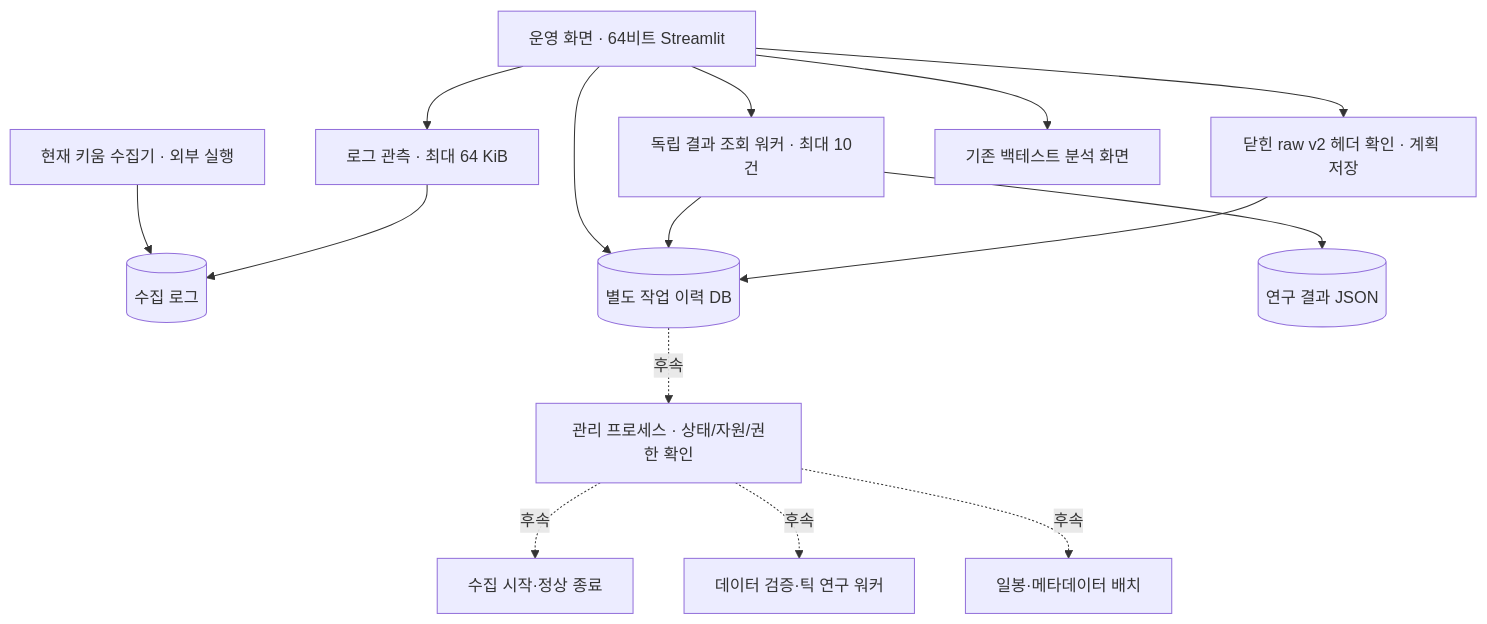
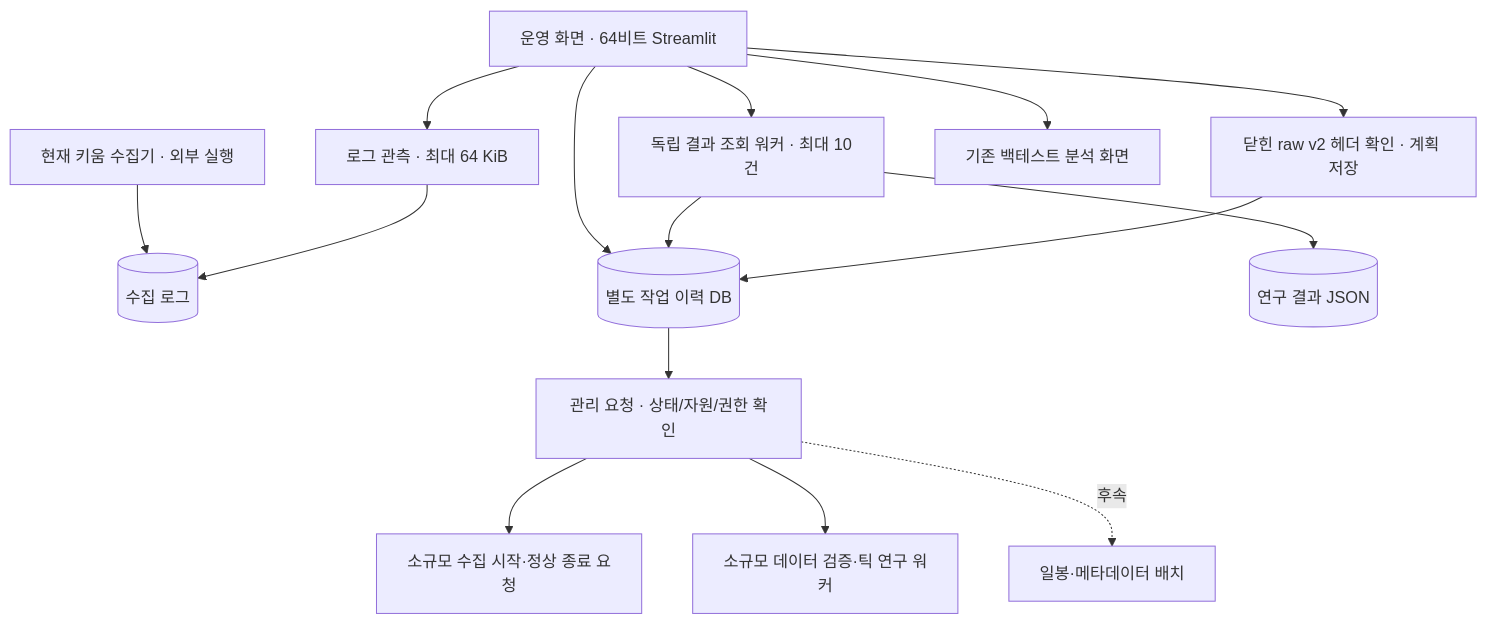
The first of 2 diagrams in CONTROL_TOWER.md (Peter-jackson12/Stock), drawn with Mermaid before and after one commit. The commit also changed other lines of this file and 14 other files, not shown here.

````diff
--- a/CONTROL_TOWER.md
+++ b/CONTROL_TOWER.md
@@ -22,17 +22,17 @@
 ```mermaid
 flowchart TD
     UI[운영 화면 · 64비트 Streamlit] --> OBS[로그 관측 · 최대 64 KiB]
     LIVE[현재 키움 수집기 · 외부 실행] --> LOG[(수집 로그)]
     OBS --> LOG
     UI --> JOB[(별도 작업 이력 DB)]
     UI --> WORK[독립 결과 조회 워커 · 최대 10건]
     WORK --> JOB
     WORK --> RES[(연구 결과 JSON)]
     UI --> PLAN[닫힌 raw v2 헤더 확인 · 계획 저장]
     PLAN --> JOB
     UI --> OLD[기존 백테스트 분석 화면]
-    JOB -. 후속 .-> MANAGER[관리 프로세스 · 상태/자원/권한 확인]
-    MANAGER -. 후속 .-> CAP[수집 시작·정상 종료]
-    MANAGER -. 후속 .-> BATCH[데이터 검증·틱 연구 워커]
+    JOB --> MANAGER[관리 요청 · 상태/자원/권한 확인]
+    MANAGER --> CAP[소규모 수집 시작·정상 종료 요청]
+    MANAGER --> BATCH[소규모 데이터 검증·틱 연구 워커]
     MANAGER -. 후속 .-> META[일봉·메타데이터 배치]
 ```
````
